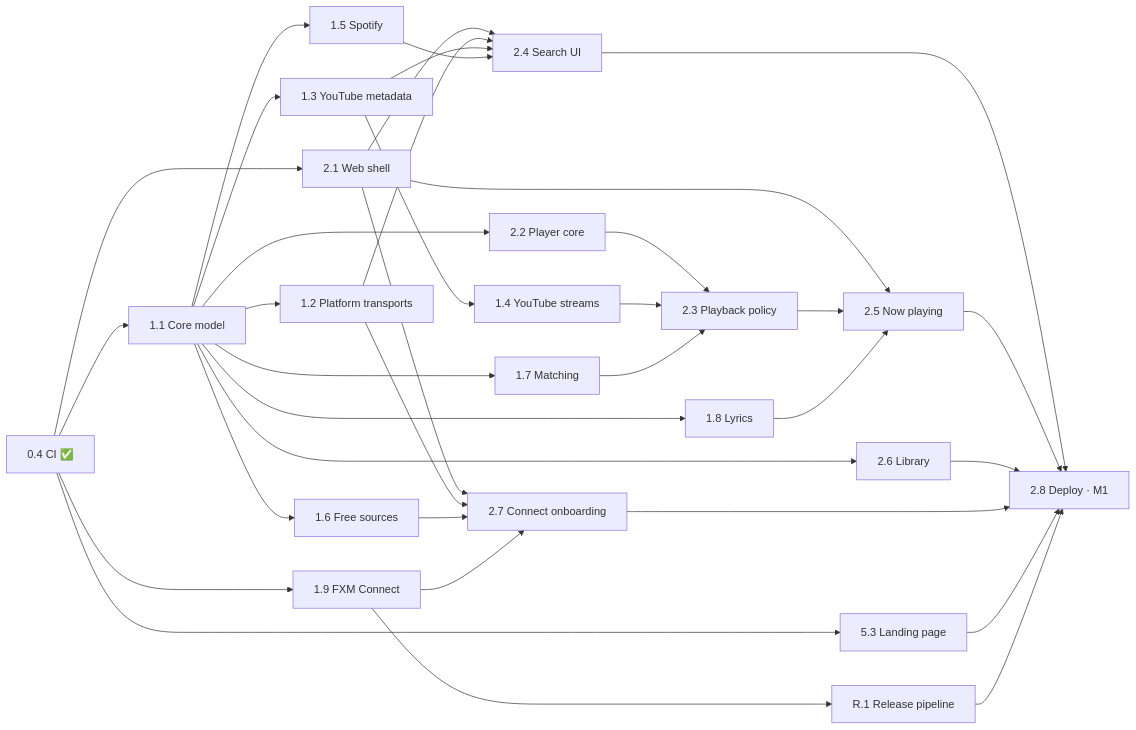
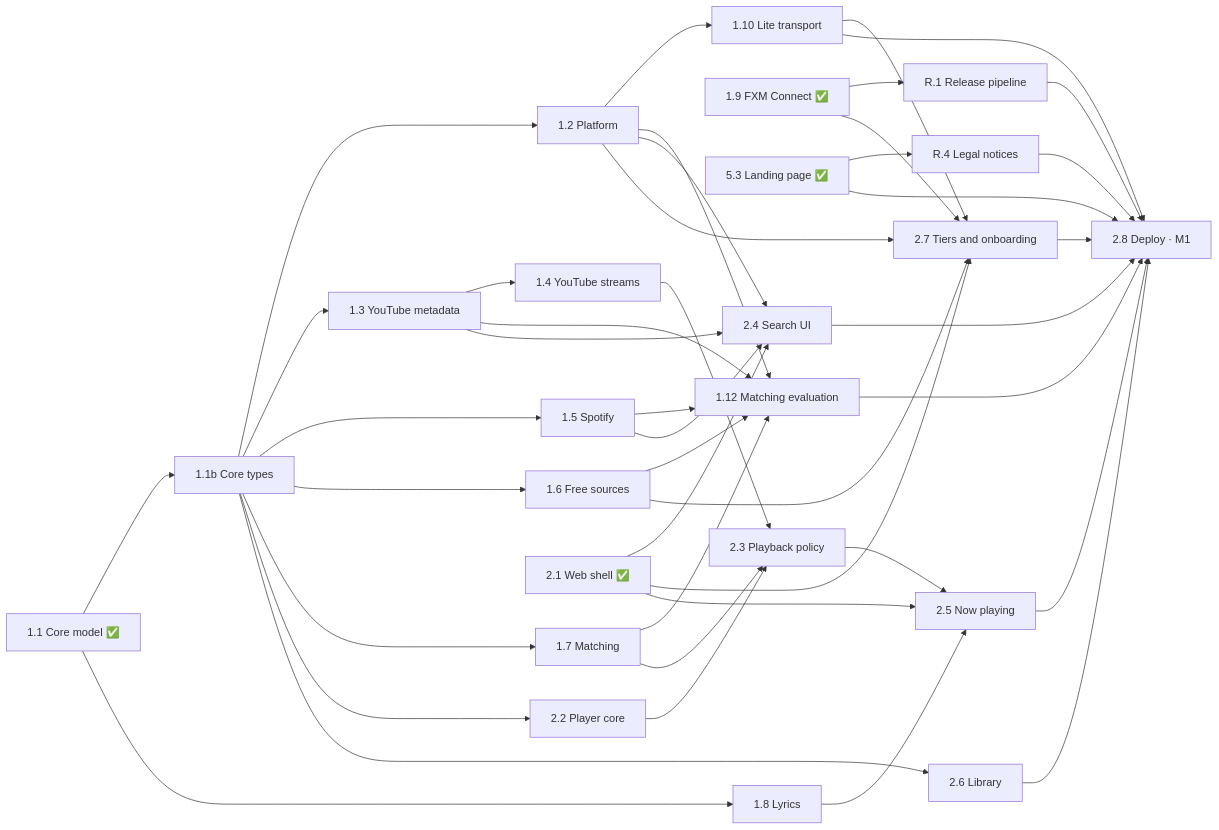
One commit to Pratyay-ops/FXM changed the diagram in docs/PLAN.md. Above: the diagram before and after it, drawn with Mermaid. The commit also changed other lines of this file, not shown here.

First line of the commit message:
docs(plan): revise the roadmap to revision 3

````diff
--- a/docs/PLAN.md
+++ b/docs/PLAN.md
@@ -40,12 +63,15 @@
 ```mermaid
 flowchart LR
-  s04["0.4 CI ✅"] --> s11["1.1 Core model"] & s19["1.9 FXM Connect"] & s21["2.1 Web shell"] & s53["5.3 Landing page"]
-  s11 --> s12["1.2 Platform transports"] & s13["1.3 YouTube metadata"] & s15["1.5 Spotify"] & s16["1.6 Free sources"] & s17["1.7 Matching"] & s18["1.8 Lyrics"] & s22["2.2 Player core"] & s26["2.6 Library"]
-  s19 --> sR1["R.1 Release pipeline"]
+  s11["1.1 Core model ✅"] --> s11b["1.1b Core types"] & s18["1.8 Lyrics"]
+  s11b --> s12["1.2 Platform"] & s13["1.3 YouTube metadata"] & s15["1.5 Spotify"] & s16["1.6 Free sources"] & s17["1.7 Matching"] & s22["2.2 Player core"] & s26["2.6 Library"]
+  s19["1.9 FXM Connect ✅"] --> sR1["R.1 Release pipeline"]
+  s53["5.3 Landing page ✅"] --> sR4["R.4 Legal notices"]
   s13 --> s14["1.4 YouTube streams"]
-  s21 & s12 & s13 & s15 --> s24["2.4 Search UI"]
-  s21 & s12 & s16 & s19 --> s27["2.7 Connect onboarding"]
+  s12 --> s110["1.10 Lite transport"]
+  s12 & s13 & s15 & s16 & s17 --> s112["1.12 Matching evaluation"]
+  s21["2.1 Web shell ✅"] & s12 & s13 & s15 --> s24["2.4 Search UI"]
+  s21 & s12 & s16 & s19 & s110 --> s27["2.7 Tiers and onboarding"]
   s22 & s14 & s17 --> s23["2.3 Playback policy"]
   s21 & s23 & s18 --> s25["2.5 Now playing"]
-  s24 & s25 & s26 & s27 & s53 & sR1 --> s28["2.8 Deploy · M1"]
+  s24 & s25 & s26 & s27 & s53 & sR1 & sR4 & s110 & s112 --> s28["2.8 Deploy · M1"]
 ```
````
